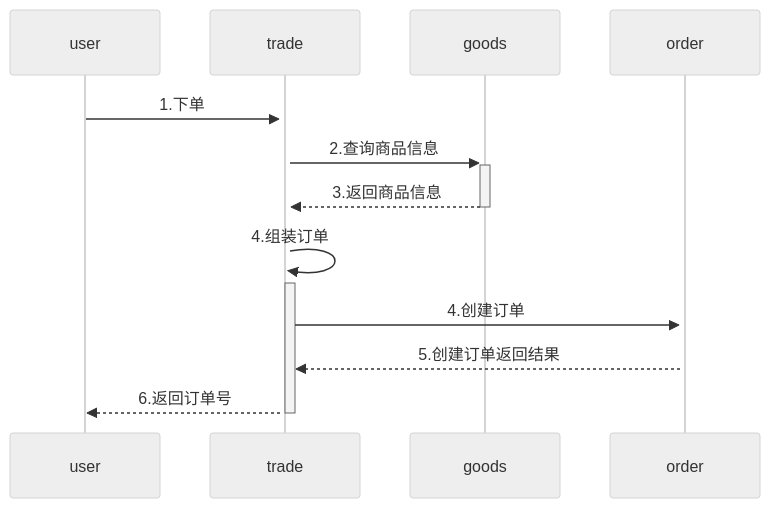
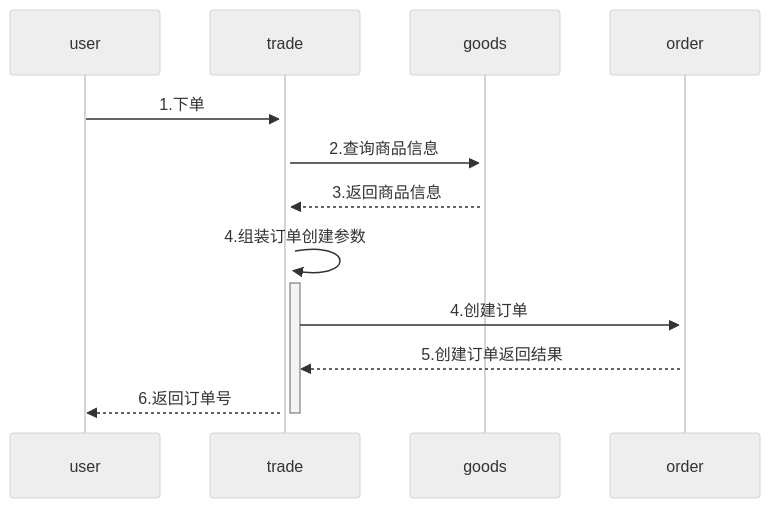
One commit to yingjianzh/iodraw-files changed the diagram in all/未命名-6.md. Above: the diagram before and after it, drawn with Mermaid (neutral theme).

Commit message:
2024-08-19 15:24:02 update

````diff
--- a/all/未命名-6.md
+++ b/all/未命名-6.md
@@ -1,10 +1,10 @@
 ```mermaid
 sequenceDiagram
     user->>+trade: 1.下单
     trade->>+goods: 2.查询商品信息
-    goods-->>-trade: 3.返回商品信息
-    trade->>+trade: 4.组装订单
+    goods-->>+trade: 3.返回商品信息
+    trade->>+trade: 4.组装订单创建参数
     trade->>+order: 4.创建订单
     order-->>trade: 5.创建订单返回结果
     trade-->>-user: 6.返回订单号
 ```
````
